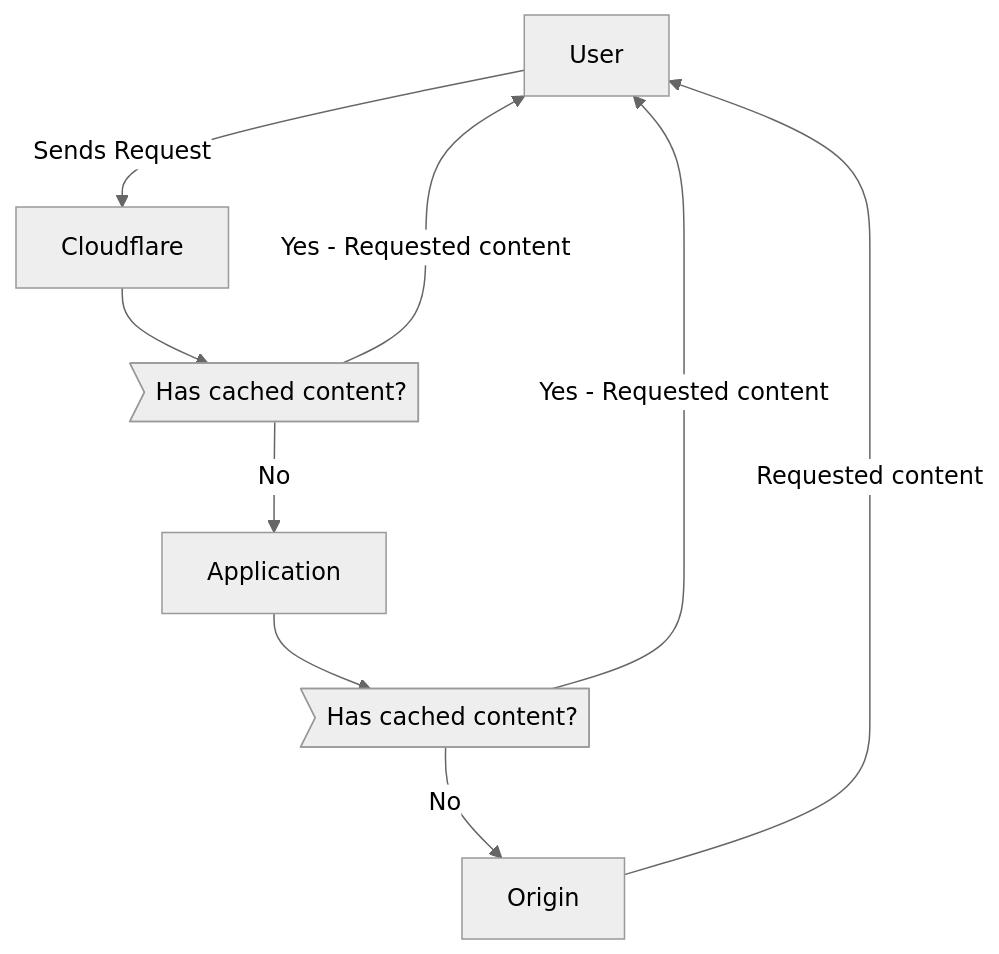
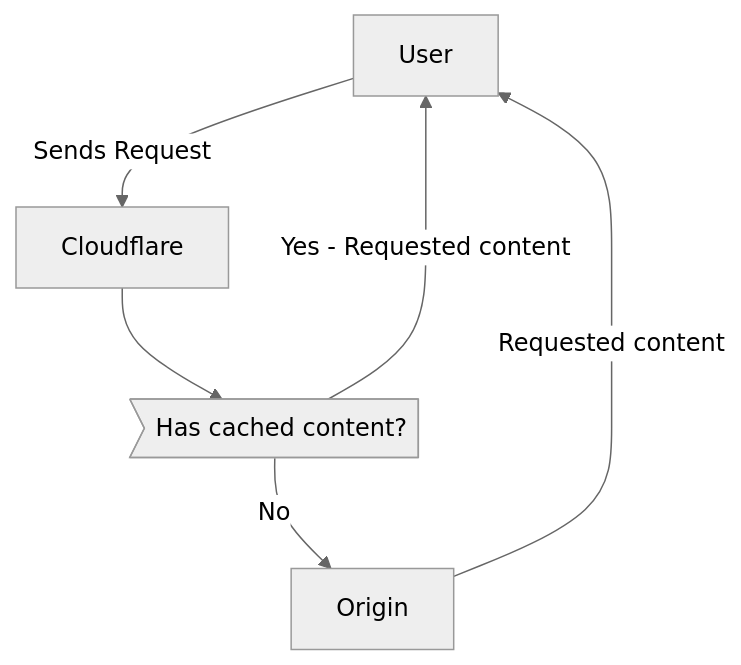
One commit to cloudflare/cloudflare-docs changed the diagram in content/learning-paths/_partials/_cache-basic-diagram.md. Above: the diagram before and after it, drawn with Mermaid (neutral theme). The commit also changed 1 other file, not shown here.

Commit message:
A few more tweaks

````diff
--- a/content/learning-paths/_partials/_cache-basic-diagram.md
+++ b/content/learning-paths/_partials/_cache-basic-diagram.md
@@ -8,11 +8,8 @@
 ```mermaid
 flowchart TD;
     User-->|Sends Request|Cloudflare;
     Cloudflare-->B>Has cached content?];
     B-->|Yes - Requested content|User;
-    B-->|No|C[Application];
-    C -->D>Has cached content?];
-    D-->|Yes - Requested content|User;
-    D-->|No|Origin;
+    B-->|No|Origin;
     Origin-->|Requested content|User;
 ```
````
